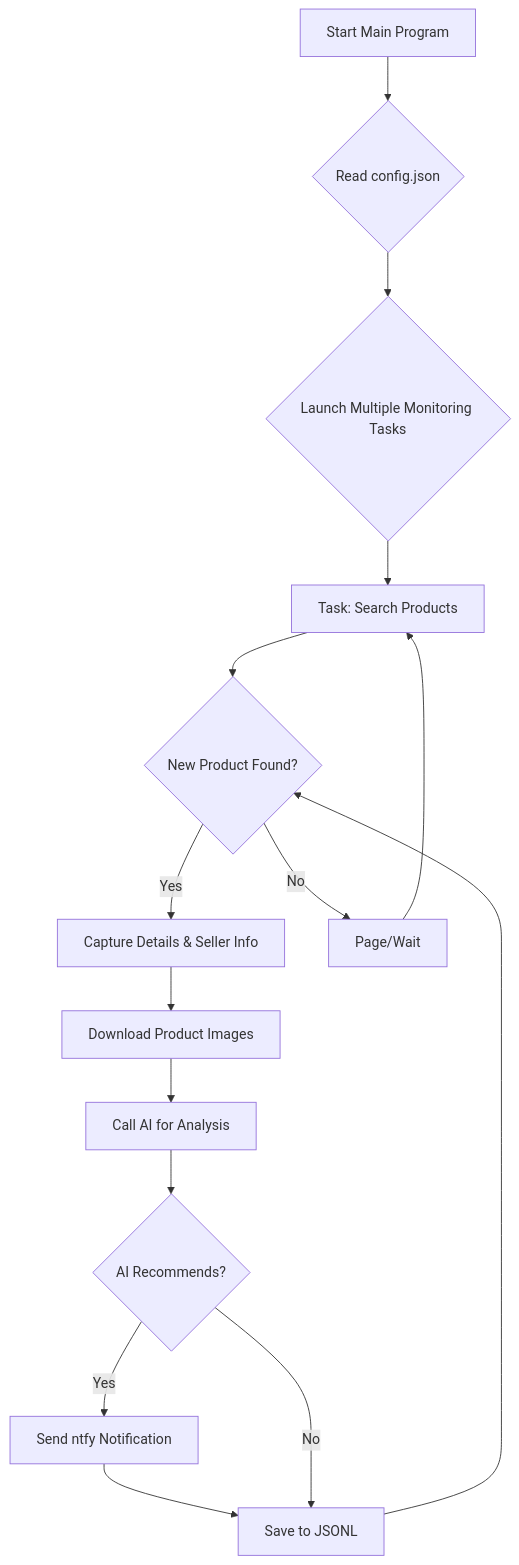
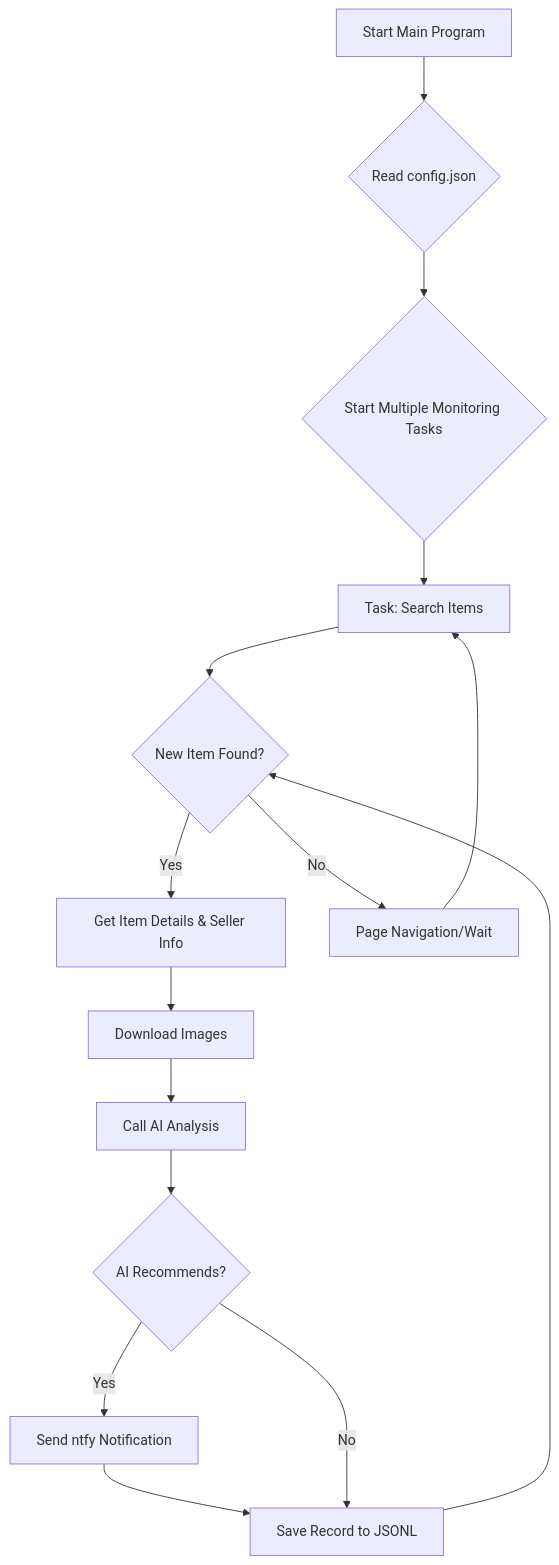
The diagram in docs/dingyufei615-ai-goofish-monitor.md (saurav-z/repo-docs), drawn with Mermaid before and after one commit. The commit also changed other lines of this file and 161 other files, not shown here.

````diff
--- a/docs/dingyufei615-ai-goofish-monitor.md
+++ b/docs/dingyufei615-ai-goofish-monitor.md
@@ -147,17 +165,17 @@
 ```mermaid
 graph TD
     A[Start Main Program] --> B{Read config.json};
-    B --> C{Launch Multiple Monitoring Tasks};
-    C --> D[Task: Search Products];
-    D --> E{New Product Found?};
-    E -- Yes --> F[Capture Details & Seller Info];
-    F --> G[Download Product Images];
-    G --> H[Call AI for Analysis];
+    B --> C{Start Multiple Monitoring Tasks};
+    C --> D[Task: Search Items];
+    D --> E{New Item Found?};
+    E -- Yes --> F[Get Item Details & Seller Info];
+    F --> G[Download Images];
+    G --> H[Call AI Analysis];
     H --> I{AI Recommends?};
     I -- Yes --> J[Send ntfy Notification];
-    J --> K[Save to JSONL];
+    J --> K[Save Record to JSONL];
     I -- No --> K;
-    E -- No --> L[Page/Wait];
+    E -- No --> L[Page Navigation/Wait];
     L --> D;
     K --> E;
 ```
````
